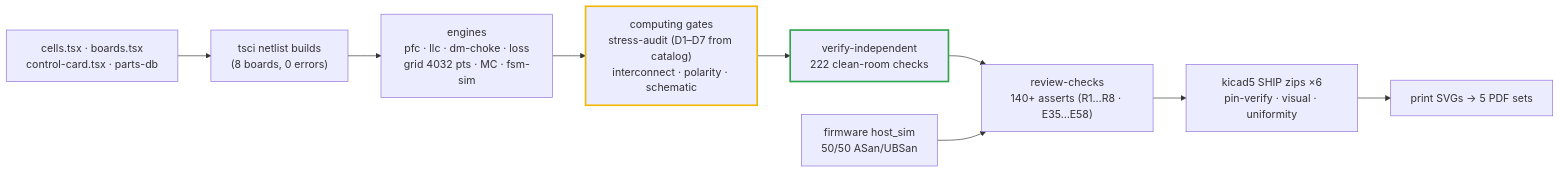
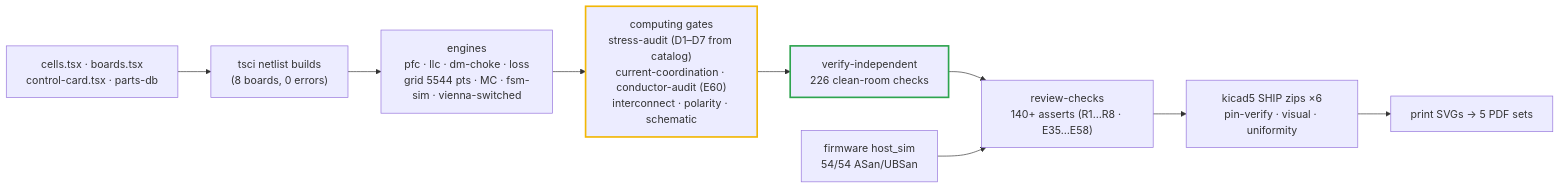
The diagram in docs/verification-matrix.md (vectivolt/DC-Modules), drawn with Mermaid before and after one commit. The commit also changed other lines of this file and 309 other files, not shown here.

````diff
--- a/docs/verification-matrix.md
+++ b/docs/verification-matrix.md
@@ -20,13 +26,13 @@
 ```mermaid
 flowchart LR
   SRC["cells.tsx · boards.tsx<br/>control-card.tsx · parts-db"] --> BUILD["tsci netlist builds<br/>(8 boards, 0 errors)"]
-  BUILD --> ENG["engines<br/>pfc · llc · dm-choke · loss<br/>grid 4032 pts · MC · fsm-sim"]
-  ENG --> GATES["computing gates<br/>stress-audit (D1–D7 from catalog)<br/>interconnect · polarity · schematic"]
-  GATES --> IND["verify-independent<br/>222 clean-room checks"]
+  BUILD --> ENG["engines<br/>pfc · llc · dm-choke · loss<br/>grid 5544 pts · MC · fsm-sim · vienna-switched"]
+  ENG --> GATES["computing gates<br/>stress-audit (D1–D7 from catalog)<br/>current-coordination · conductor-audit (E60)<br/>interconnect · polarity · schematic"]
+  GATES --> IND["verify-independent<br/>226 clean-room checks"]
   IND --> REV["review-checks<br/>140+ asserts (R1…R8 · E35…E58)"]
   REV --> SHIP["kicad5 SHIP zips ×6<br/>pin-verify · visual · uniformity"]
   SHIP --> PDF["print SVGs → 5 PDF sets"]
-  FW["firmware host_sim<br/>50/50 ASan/UBSan"] --> REV
+  FW["firmware host_sim<br/>54/54 ASan/UBSan"] --> REV
   style GATES stroke:#f2b705,stroke-width:2.5px
   style IND stroke:#2ea44f,stroke-width:2.5px
 ```
````
